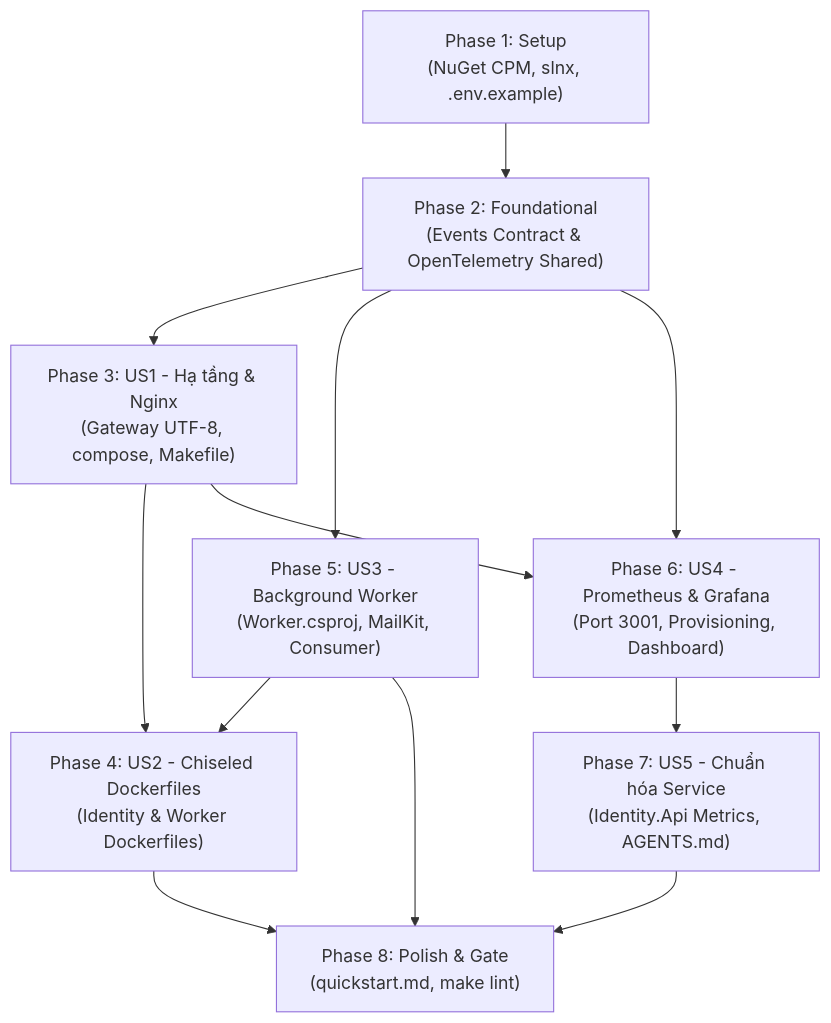
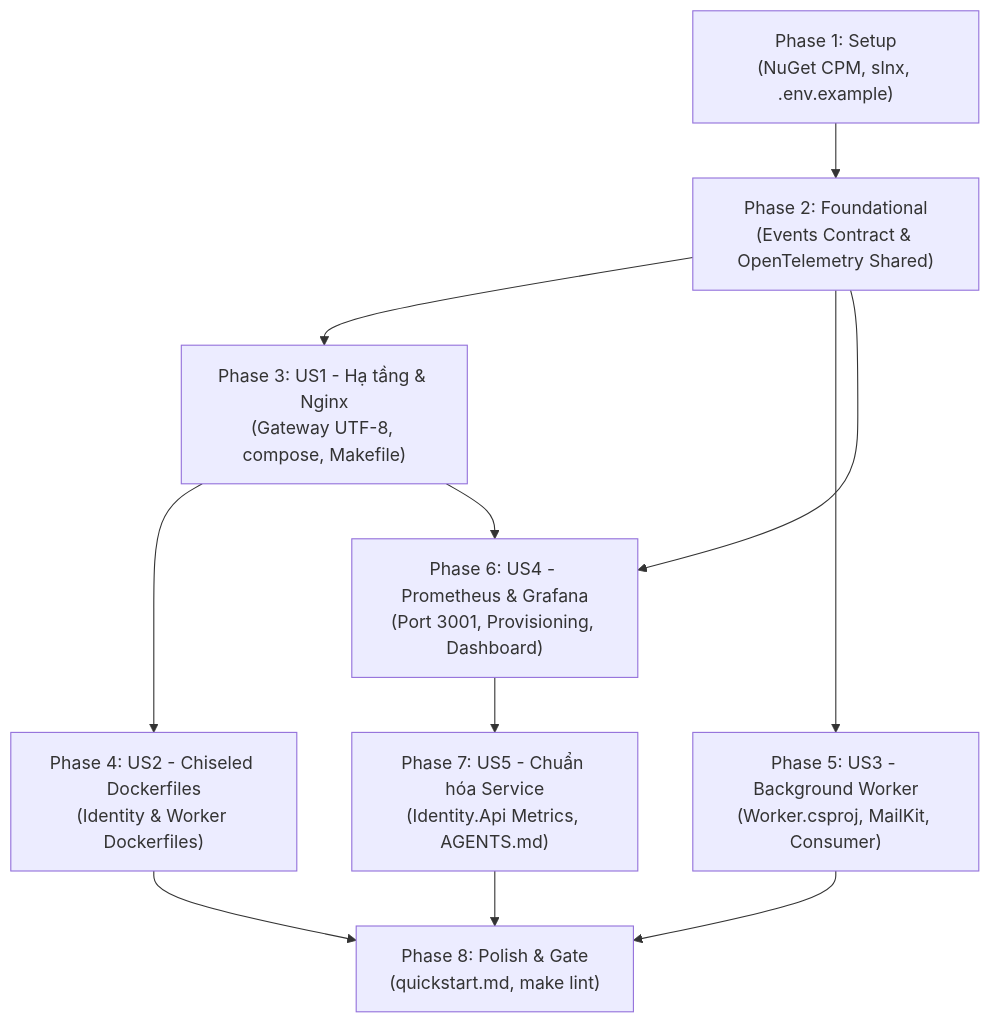
One commit to fa26-prn232-group2/longevia-be changed the diagram in specs/mavil-001-infra-observability/tasks.md. Above: the diagram before and after it, drawn with Mermaid. The commit also changed other lines of this file and 3 other files, not shown here.

````diff
--- a/specs/mavil-001-infra-observability/tasks.md
+++ b/specs/mavil-001-infra-observability/tasks.md
@@ -118,19 +121,19 @@
 ```mermaid
 flowchart TD
     P1["Phase 1: Setup<br/>(NuGet CPM, slnx, .env.example)"]
     P2["Phase 2: Foundational<br/>(Events Contract & OpenTelemetry Shared)"]
     P3["Phase 3: US1 - Hạ tầng & Nginx<br/>(Gateway UTF-8, compose, Makefile)"]
     P4["Phase 4: US2 - Chiseled Dockerfiles<br/>(Identity & Worker Dockerfiles)"]
     P5["Phase 5: US3 - Background Worker<br/>(Worker.csproj, MailKit, Consumer)"]
     P6["Phase 6: US4 - Prometheus & Grafana<br/>(Port 3001, Provisioning, Dashboard)"]
     P7["Phase 7: US5 - Chuẩn hóa Service<br/>(Identity.Api Metrics, AGENTS.md)"]
     P8["Phase 8: Polish & Gate<br/>(quickstart.md, make lint)"]
 
     P1 --> P2
     P2 --> P3
     P2 --> P5
-    P3 & P5 --> P4
+    P3 --> P4
     P2 & P3 --> P6
     P6 --> P7
     P4 & P5 & P7 --> P8
 ```
````
